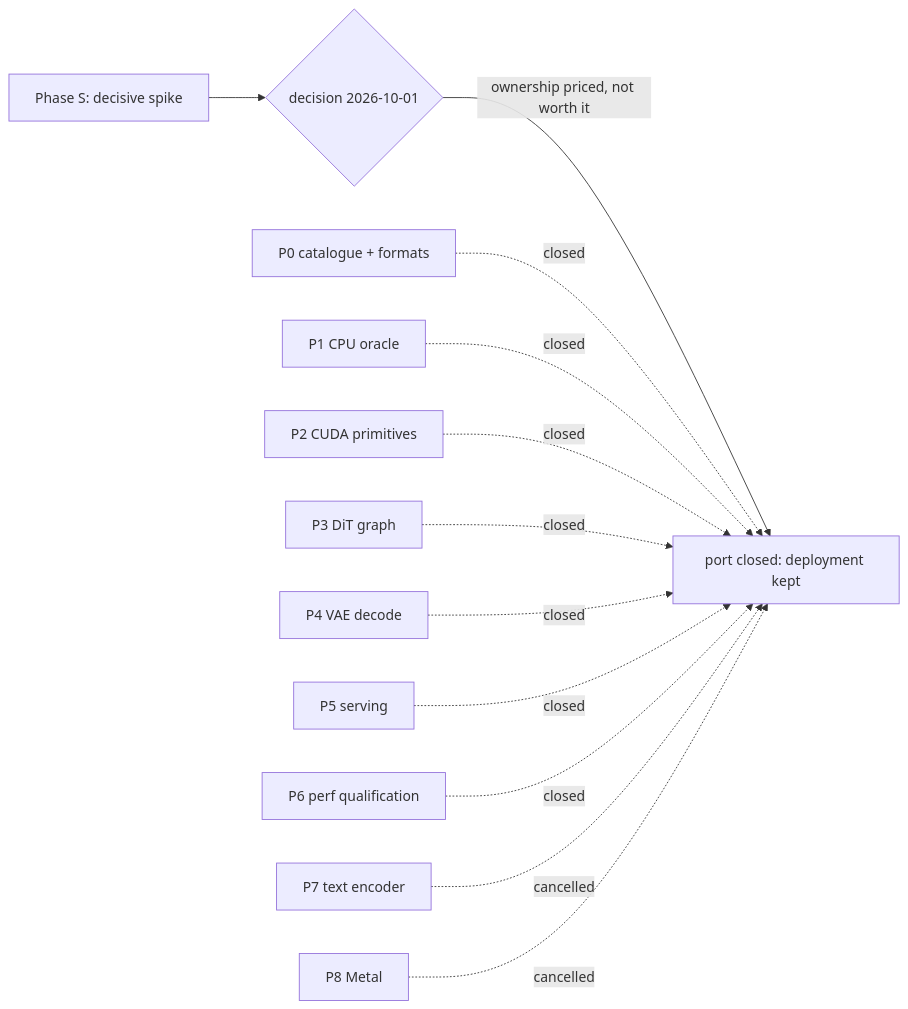
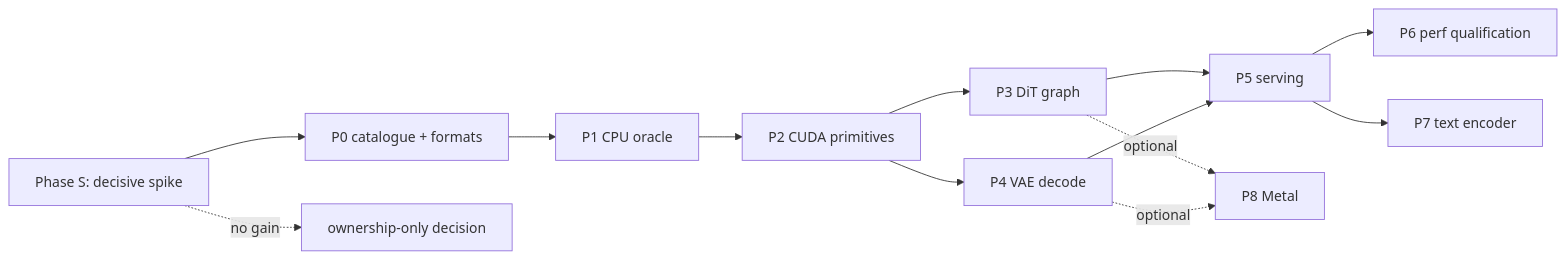
One commit to JLFN/ds4-dfm-rs changed the diagram in docs/qwen-image-2.1-roadmap.md. Above: the diagram before and after it, drawn with Mermaid. The commit also changed other lines of this file and 4 other files, not shown here.

````diff
--- a/docs/qwen-image-2.1-roadmap.md
+++ b/docs/qwen-image-2.1-roadmap.md
@@ -78,14 +79,15 @@
 ```mermaid
 graph LR
-  S[Phase S: decisive spike] --> D{decision 2026-10-01}
-  D -->|ownership priced, not worth it| STOP[port closed: deployment kept]
-  P0[P0 catalogue + formats] -.closed.-> STOP
-  P1[P1 CPU oracle] -.closed.-> STOP
-  P2[P2 CUDA primitives] -.closed.-> STOP
-  P3[P3 DiT graph] -.closed.-> STOP
-  P4[P4 VAE decode] -.closed.-> STOP
-  P5[P5 serving] -.closed.-> STOP
-  P6[P6 perf qualification] -.closed.-> STOP
-  P7[P7 text encoder] -.cancelled.-> STOP
-  P8[P8 Metal] -.cancelled.-> STOP
+  S[Phase S: decisive spike] --> P0[P0 catalogue + formats]
+  S -.no gain.-> STOP[ownership-only decision]
+  P0 --> P1[P1 CPU oracle]
+  P1 --> P2[P2 CUDA primitives]
+  P2 --> P3[P3 DiT graph]
+  P2 --> P4[P4 VAE decode]
+  P3 --> P5[P5 serving]
+  P4 --> P5
+  P5 --> P6[P6 perf qualification]
+  P5 --> P7[P7 text encoder]
+  P3 -.optional.-> P8[P8 Metal]
+  P4 -.optional.-> P8
 ```
````
